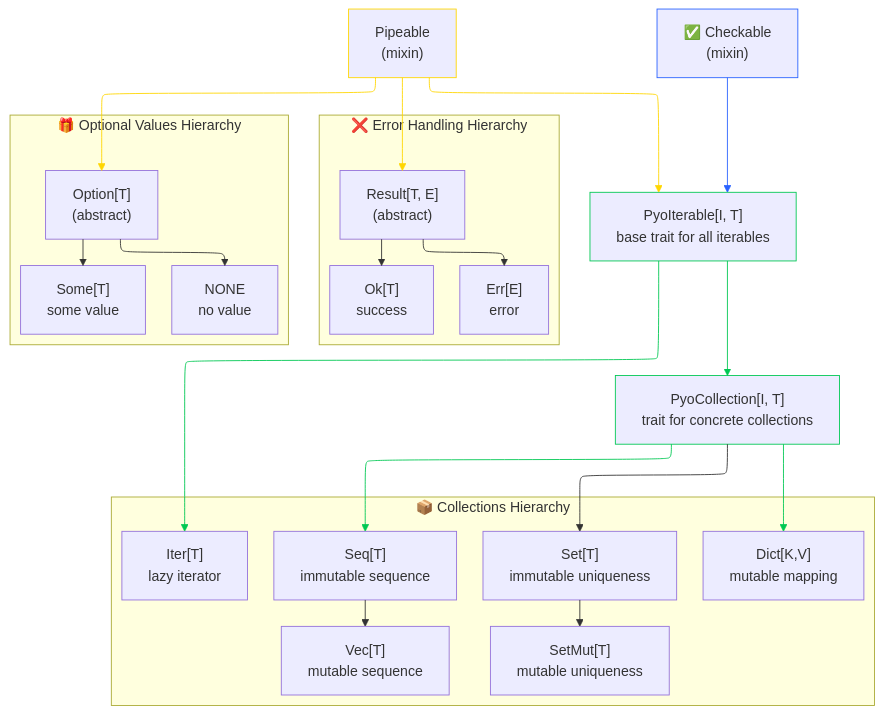
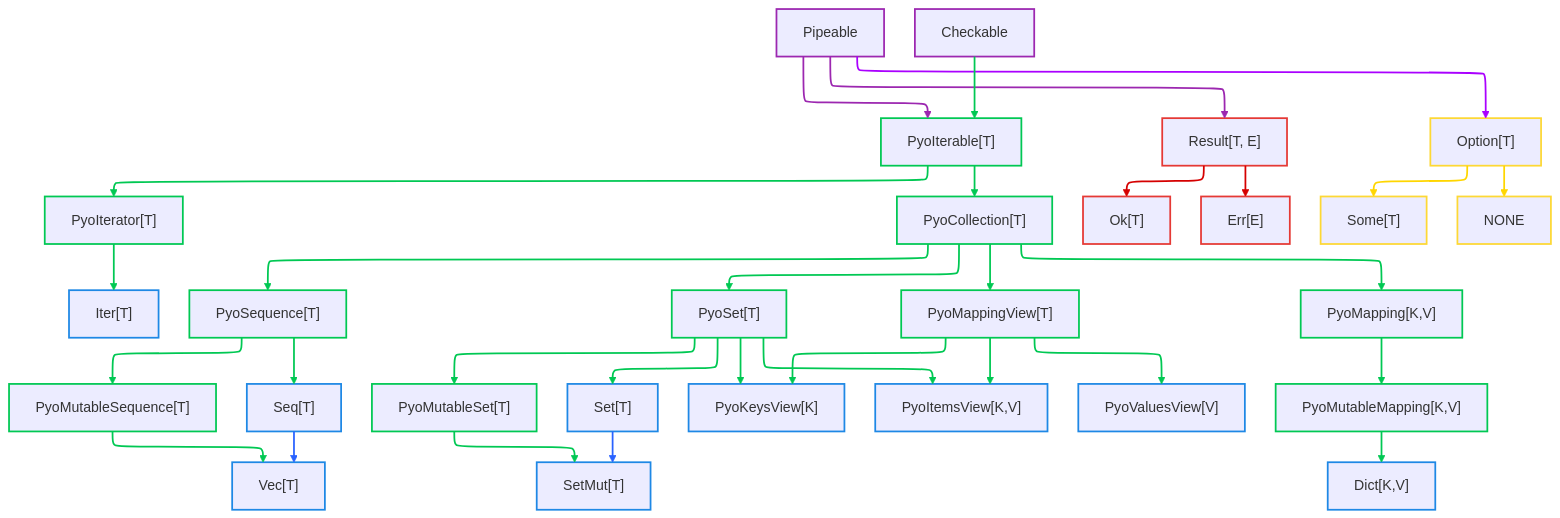
One commit to OutSquareCapital/pyochain changed the diagram in docs/core-types-overview.md. Above: the diagram before and after it, drawn with Mermaid. The commit also changed other lines of this file and 16 other files, not shown here.

````diff
--- a/docs/core-types-overview.md
+++ b/docs/core-types-overview.md
@@ -64,46 +91,82 @@
 ```mermaid
 ---
 config:
   layout: elk
 ---
 flowchart TB
- subgraph Collections["📦 Collections Hierarchy"]
-        Iter["Iter[T]<br>lazy iterator"]
-        Seq["Seq[T]<br>immutable sequence"]
-        Vec["Vec[T]<br>mutable sequence"]
-        Set["Set[T]<br>immutable uniqueness"]
-        SetMut["SetMut[T]<br>mutable uniqueness"]
-        Dict["Dict[K,V]<br>mutable mapping"]
-  end
- subgraph ErrorHandling["❌ Error Handling Hierarchy"]
-        Result["Result[T, E]<br>(abstract)"]
-        Ok["Ok[T]<br>success"]
-        Err["Err[E]<br>error"]
-  end
- subgraph Optional["🎁 Optional Values Hierarchy"]
-        Option["Option[T]<br>(abstract)"]
-        Some["Some[T]<br>some value"]
-        NONE["NONE<br>no value"]
-  end
-    Pipeable["Pipeable<br>(mixin)"] --> PyoIterable["PyoIterable[I, T]<br>base trait for all iterables"] & Result & Option
-    Checkable["✅ Checkable<br>(mixin)"] --> PyoIterable
-    PyoIterable --> Iter & PyoCollection["PyoCollection[I, T]<br>trait for concrete collections"]
-    PyoCollection --> Dict & Seq & Set
-    Seq --> Vec
-    Set --> SetMut
-    Result --> Ok & Err
-    Option --> Some & NONE
+    Pipeable["Pipeable"] ==> PyoIterable["PyoIterable[T]"] & Result["Result[T, E]"] & Option["Option[T]"]
+    Checkable["Checkable"] ==> PyoIterable
+    PyoIterable --> PyoIterator["PyoIterator[T]"] & PyoCollection["PyoCollection[T]"]
+    PyoIterator ==> Iter["Iter[T]"]
+    PyoCollection --> PyoSequence["PyoSequence[T]"] & PyoSet["PyoSet[T]"] & PyoMappingView["PyoMappingView[T]"] & PyoMapping["PyoMapping[K,V]"]
+    PyoSequence --> PyoMutableSequence["PyoMutableSequence[T]"]
+    PyoSequence ==> Seq["Seq[T]"]
+    PyoMutableSequence ==> Vec["Vec[T]"]
+    PyoSet ==> PyoMutableSet["PyoMutableSet[T]"] & Set["Set[T]"] & PyoKeysView["PyoKeysView[K]"] & PyoItemsView["PyoItemsView[K,V]"]
+    PyoMutableSet ==> SetMut["SetMut[T]"]
+    PyoMappingView ==> PyoKeysView & PyoValuesView["PyoValuesView[V]"] & PyoItemsView
+    PyoMapping ==> PyoMutableMapping["PyoMutableMapping[K,V]"]
+    PyoMutableMapping ==> Dict["Dict[K,V]"]
+    Result ==> Ok["Ok[T]"] & Err["Err[E]"]
+    Option ==> Some["Some[T]"] & NONE["NONE"]
+    Set ==> SetMut
+    Seq ==> Vec
 
-    style Pipeable stroke:#FFD600
-    style PyoIterable stroke:#00C853
-    style PyoCollection stroke:#00C853
-    style Checkable stroke:#2962FF
-    linkStyle 0 stroke:#FFD600,fill:none
-    linkStyle 1 stroke:#FFD600,fill:none
-    linkStyle 2 stroke:#FFD600,fill:none
-    linkStyle 3 stroke:#2962FF,fill:none
-    linkStyle 4 stroke:#00C853,fill:none
-    linkStyle 5 stroke:#00C853,fill:none
-    linkStyle 6 stroke:#00C853,fill:none
-    linkStyle 7 stroke:#00C853,fill:none
+    style Pipeable stroke:#9C27B0,stroke-width:2px
+    style PyoIterable stroke:#00C853,stroke-width:2px
+    style Result stroke:#E53935,stroke-width:2px
+    style Option stroke:#FDD835,stroke-width:2px
+    style Checkable stroke:#9C27B0,stroke-width:2px
+    style PyoIterator stroke:#00C853,stroke-width:2px
+    style PyoCollection stroke:#00C853,stroke-width:2px
+    style Iter stroke:#1E88E5,stroke-width:2px
+    style PyoSequence stroke:#00C853,stroke-width:2px
+    style PyoSet stroke:#00C853,stroke-width:2px
+    style PyoMappingView stroke:#00C853,stroke-width:2px
+    style PyoMapping stroke:#00C853,stroke-width:2px
+    style PyoMutableSequence stroke:#00C853,stroke-width:2px
+    style Seq stroke:#1E88E5,stroke-width:2px
+    style Vec stroke:#1E88E5,stroke-width:2px
+    style PyoMutableSet stroke:#00C853,stroke-width:2px
+    style Set stroke:#1E88E5,stroke-width:2px
+    style PyoKeysView stroke:#1E88E5,stroke-width:2px
+    style PyoItemsView stroke:#1E88E5,stroke-width:2px
+    style SetMut stroke:#1E88E5,stroke-width:2px
+    style PyoValuesView stroke:#1E88E5,stroke-width:2px
+    style PyoMutableMapping stroke:#00C853,stroke-width:2px
+    style Dict stroke:#1E88E5,stroke-width:2px
+    style Ok stroke:#E53935,stroke-width:2px
+    style Err stroke:#E53935,stroke-width:2px
+    style Some stroke:#FDD835,stroke-width:2px
+    style NONE stroke:#FDD835,stroke-width:2px
+    linkStyle 0 stroke:#9C27B0,stroke-width:2px,fill:none
+    linkStyle 1 stroke:#9C27B0,stroke-width:2px,fill:none
+    linkStyle 2 stroke:#AA00FF,stroke-width:2px,fill:none
+    linkStyle 3 stroke:#00C853,stroke-width:2px,fill:none
+    linkStyle 4 stroke:#00C853,stroke-width:2px,fill:none
+    linkStyle 5 stroke:#00C853,stroke-width:2px,fill:none
+    linkStyle 6 stroke:#00C853,stroke-width:2px,fill:none
+    linkStyle 7 stroke:#00C853,stroke-width:2px,fill:none
+    linkStyle 8 stroke:#00C853,stroke-width:2px,fill:none
+    linkStyle 9 stroke:#00C853,stroke-width:2px,fill:none
+    linkStyle 10 stroke:#00C853,stroke-width:2px,fill:none
+    linkStyle 11 stroke:#00C853,stroke-width:2px,fill:none
+    linkStyle 12 stroke:#00C853,stroke-width:2px,fill:none
+    linkStyle 13 stroke:#00C853,fill:none,stroke-width:2px
+    linkStyle 14 stroke:#00C853,stroke-width:2px,fill:none
+    linkStyle 15 stroke:#00C853,stroke-width:2px,fill:none
+    linkStyle 16 stroke:#00C853,stroke-width:2px,fill:none
+    linkStyle 17 stroke:#00C853,stroke-width:2px,fill:none
+    linkStyle 18 stroke:#00C853,stroke-width:2px,fill:none
+    linkStyle 19 stroke:#00C853,stroke-width:2px,fill:none
+    linkStyle 20 stroke:#00C853,stroke-width:2px,fill:none
+    linkStyle 21 stroke:#00C853,stroke-width:2px,fill:none
+    linkStyle 22 stroke:#00C853,stroke-width:2px,fill:none
+    linkStyle 23 stroke:#00C853,stroke-width:2px,fill:none
+    linkStyle 24 stroke:#D50000,stroke-width:2px,fill:none
+    linkStyle 25 stroke:#D50000,stroke-width:2px,fill:none
+    linkStyle 26 stroke:#FFD600,stroke-width:2px,fill:none
+    linkStyle 27 stroke:#FFD600,stroke-width:2px,fill:none
+    linkStyle 28 stroke:#2962FF,fill:none,stroke-width:2px
+    linkStyle 29 stroke:#2962FF,fill:none,stroke-width:2px
 ```
````
